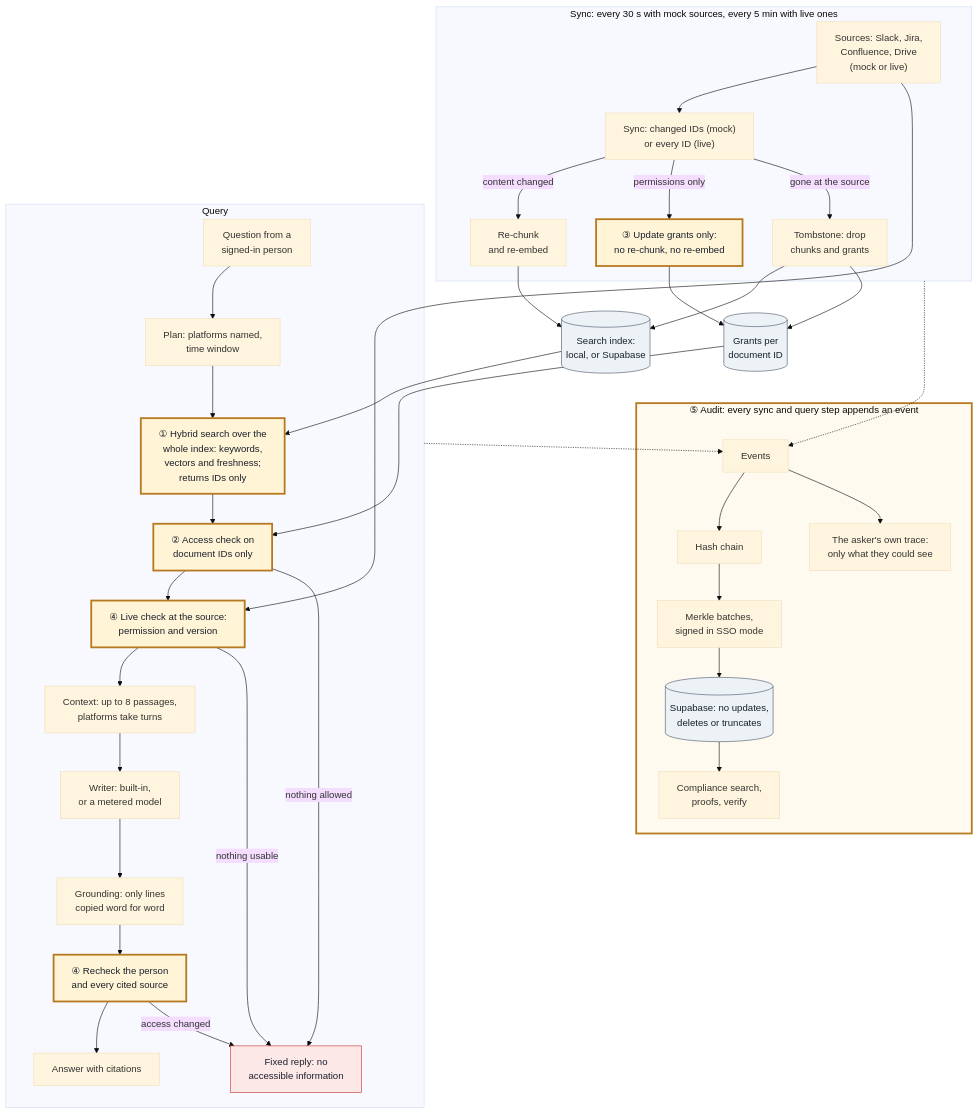
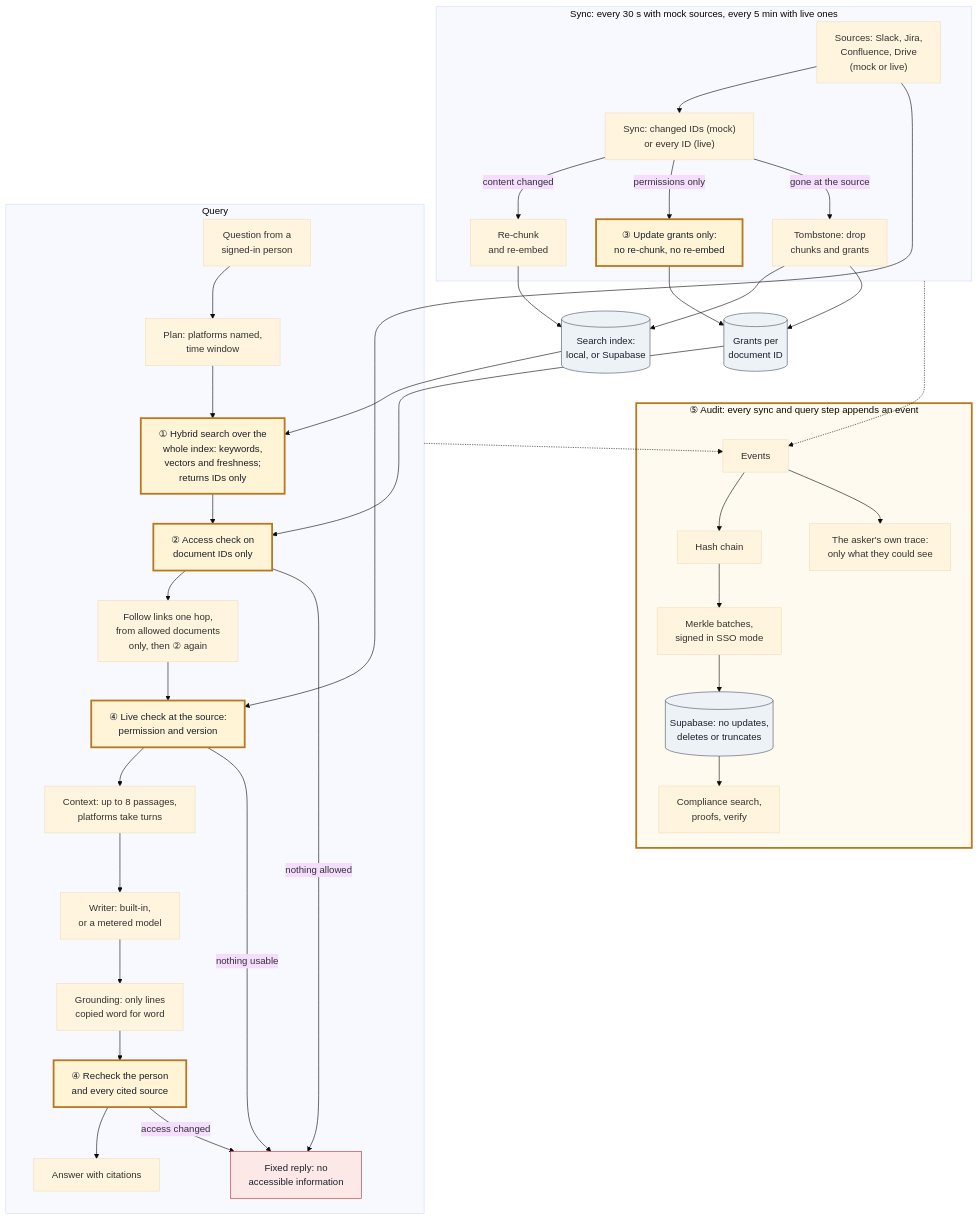
One commit to Danixjg/Broppy changed the diagram in docs/architecture.md. Above: the diagram before and after it, drawn with Mermaid (base theme). The commit also changed other lines of this file and 13 other files, not shown here.

````diff
--- a/docs/architecture.md
+++ b/docs/architecture.md
@@ -39,54 +39,55 @@
 ```mermaid
 flowchart TB
   classDef point fill:#fff4d6,stroke:#b7791f,stroke-width:3px,color:#1a202c
   classDef store fill:#edf2f7,stroke:#4a5568,color:#1a202c
   classDef stop fill:#fde8e8,stroke:#c53030,color:#1a202c
 
   subgraph SyncLane["Sync: every 30 s with mock sources, every 5 min with live ones"]
     Sources["Sources: Slack, Jira,<br/>Confluence, Drive<br/>(mock or live)"] --> Sync["Sync: changed IDs (mock)<br/>or every ID (live)"]
     Sync -->|"content changed"| Rechunk["Re-chunk<br/>and re-embed"]
     Sync -->|"permissions only"| Grants["③ Update grants only:<br/>no re-chunk, no re-embed"]
     Sync -->|"gone at the source"| Tomb["Tombstone: drop<br/>chunks and grants"]
   end
 
   Rechunk --> Index[("Search index:<br/>local, or Supabase")]
   Tomb --> Index
   Grants --> Permissions[("Grants per<br/>document ID")]
   Tomb --> Permissions
 
   subgraph QueryLane["Query"]
     Question["Question from a<br/>signed-in person"] --> Plan["Plan: platforms named,<br/>time window"]
     Plan --> Search["① Hybrid search over the<br/>whole index: keywords,<br/>vectors and freshness;<br/>returns IDs only"]
     Search --> Check["② Access check on<br/>document IDs only"]
-    Check --> Live["④ Live check at the source:<br/>permission and version"]
+    Check --> Links["Follow links one hop,<br/>from allowed documents<br/>only, then ② again"]
+    Links --> Live["④ Live check at the source:<br/>permission and version"]
     Live --> Context["Context: up to 8 passages,<br/>platforms take turns"]
     Context --> Writer["Writer: built-in,<br/>or a metered model"]
     Writer --> Ground["Grounding: only lines<br/>copied word for word"]
     Ground --> Recheck["④ Recheck the person<br/>and every cited source"]
     Recheck --> Answer["Answer with citations"]
     Check -->|"nothing allowed"| Fixed["Fixed reply: no<br/>accessible information"]
     Live -->|"nothing usable"| Fixed
     Recheck -->|"access changed"| Fixed
   end
 
   Index --> Search
   Permissions --> Check
   Sources --> Live
 
   subgraph AuditLane["⑤ Audit: every sync and query step appends an event"]
     Events["Events"] --> Chain["Hash chain"]
     Chain --> Merkle["Merkle batches,<br/>signed in SSO mode"]
     Merkle --> Rows[("Supabase: no updates,<br/>deletes or truncates")]
     Rows --> Compliance["Compliance search,<br/>proofs, verify"]
     Events --> Own["The asker's own trace:<br/>only what they could see"]
   end
 
   Permissions ~~~ Events
   SyncLane -.-> Events
   QueryLane -.-> Events
 
   class Search,Check,Grants,Live,Recheck point
   class Index,Permissions,Rows store
   class Fixed stop
   style AuditLane fill:#fffaf0,stroke:#b7791f,stroke-width:3px
 ```
````
